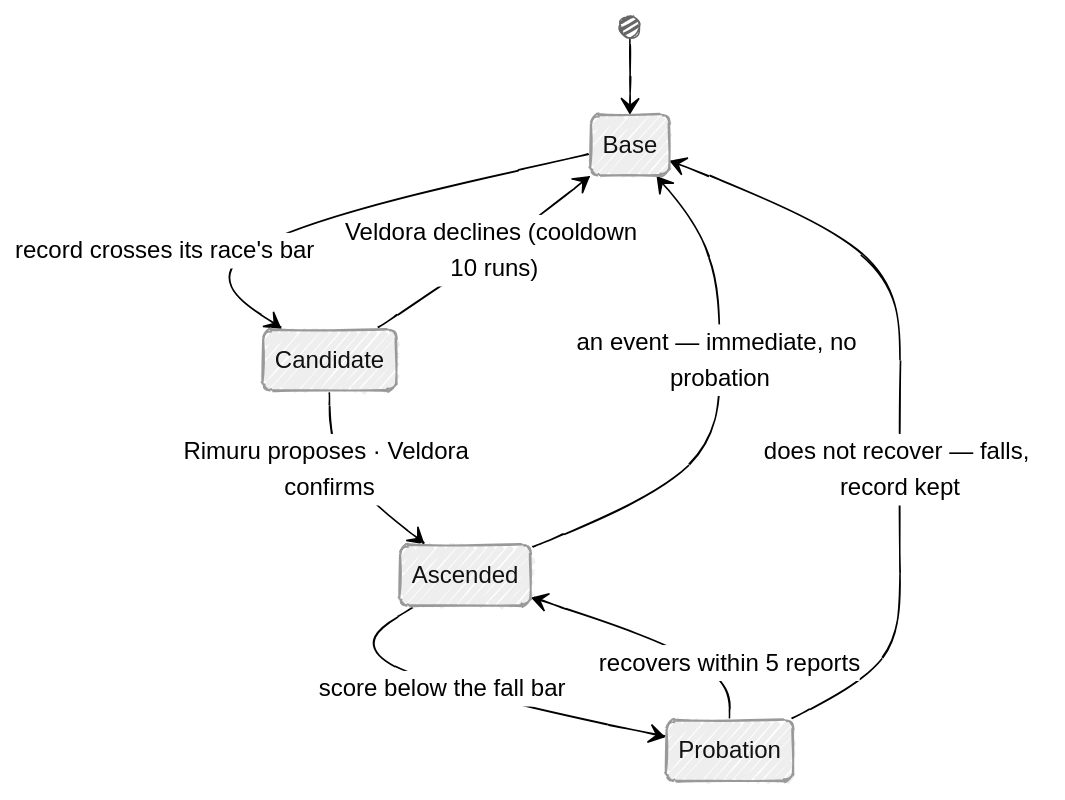
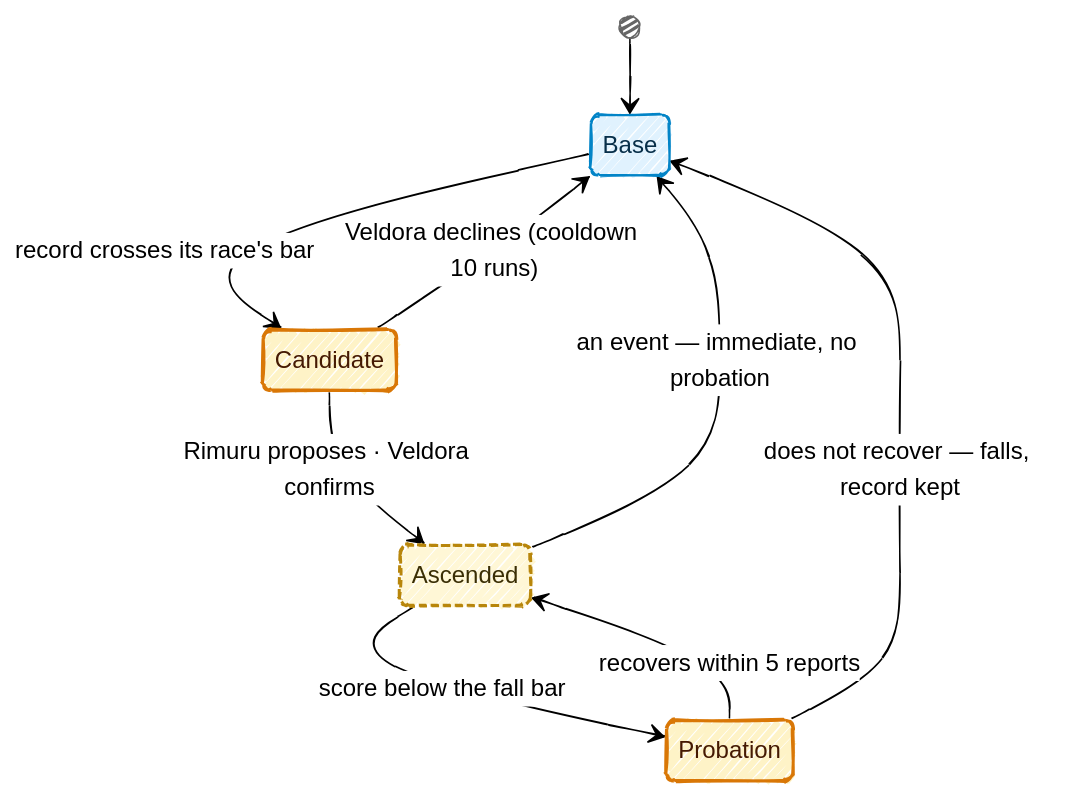
The second of 2 diagrams in docs/02-races.md (Kaginari/mnemorph), drawn with Mermaid before and after one commit. The commit also changed other lines of this file and 9 other files, not shown here.

Commit message:
docs: colour in every diagram — one palette, a colour per race, phases in sequence diagrams, labels no longer clipped; the MCP page keeps its diagram only

````diff
--- a/docs/02-races.md
+++ b/docs/02-races.md
@@ -302,16 +322,24 @@
 ```mermaid
 ---
 config:
   look: handDrawn
   theme: neutral
+  flowchart:
+    wrappingWidth: 360
 ---
 stateDiagram-v2
     [*] --> Base
     Base --> Candidate: record crosses its race's bar
     Candidate --> Ascended: Rimuru proposes · Veldora confirms
     Candidate --> Base: Veldora declines (cooldown 10 runs)
     Ascended --> Probation: score below the fall bar
     Ascended --> Base: an event — immediate, no probation
     Probation --> Ascended: recovers within 5 reports
     Probation --> Base: does not recover — falls, record kept
+    classDef risen fill:#fff7d6,stroke:#b8860b,stroke-width:2px,stroke-dasharray:5 3,color:#3a2e05
+    class Ascended risen
+    classDef gate fill:#fef3c7,stroke:#d97706,stroke-width:2px,color:#451a03
+    class Candidate,Probation gate
+    classDef step fill:#e0f2fe,stroke:#0284c7,stroke-width:1.5px,color:#082f49
+    class Base step
 ```
````
